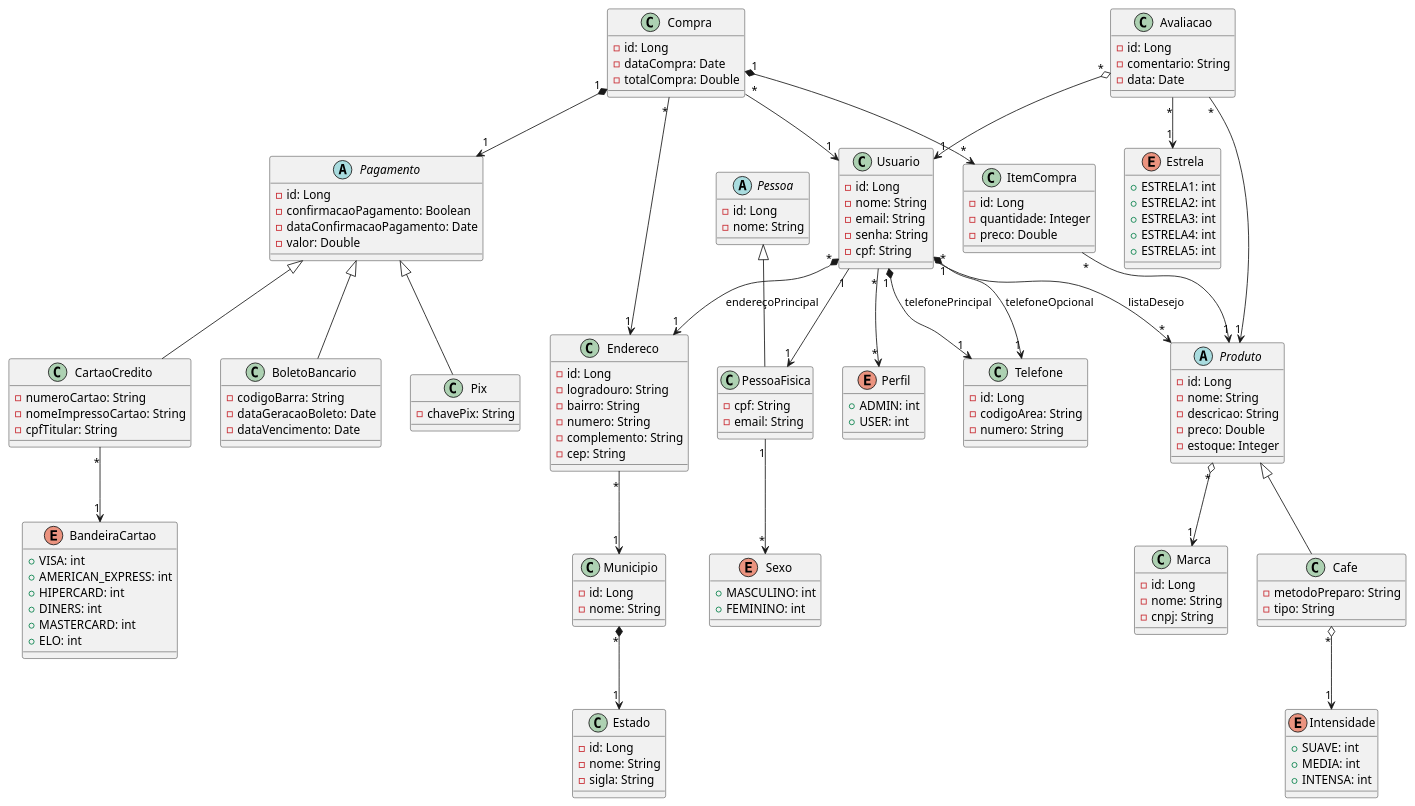
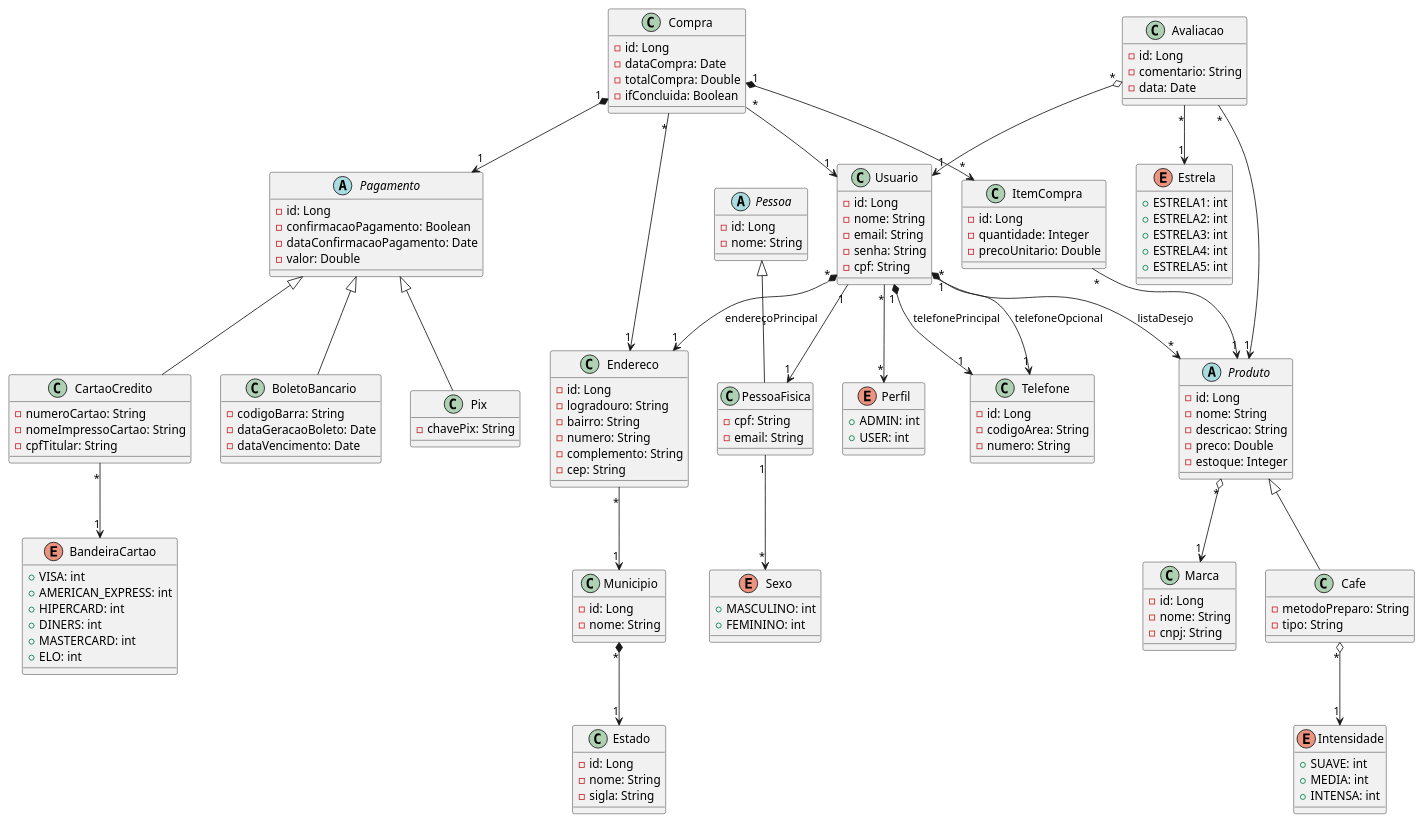
One commit to emannuelop/JavaCoffee-eCommerce changed the diagram in JavaCoffee.plantuml. Above: the diagram before and after it, drawn with PlantUML. The commit also changed 12 other files, not shown here.

```diff
--- a/JavaCoffee.plantuml
+++ b/JavaCoffee.plantuml
@@ -1,199 +1,200 @@
 @startuml Coffee-eCommerce
 
     abstract class Produto {
 
         - id: Long
         - nome: String
         - descricao: String
         - preco: Double
         - estoque: Integer
     }
 
     class Cafe {
 
         - metodoPreparo: String
         - tipo: String
     }
 
     enum Intensidade {
 
         + SUAVE: int
         + MEDIA: int
         + INTENSA: int
     }
 
     class Marca {
 
         - id: Long
         - nome: String
         - cnpj: String
     }
 
     abstract class Pessoa {
 
         - id: Long
         - nome: String
     }
 
     class PessoaFisica {
 
         - cpf: String
         - email: String
     }
 
     enum Sexo {
 
         + MASCULINO: int
         + FEMININO: int
     }
 
     enum Perfil {
 
         + ADMIN: int
         + USER: int
     }
 
     class Usuario {
 
         - id: Long
         - nome: String
         - email: String
         - senha: String
         - cpf: String
     }
 
     class Telefone {
 
         - id: Long
         - codigoArea: String
         - numero: String
     }
 
     class Compra {
 
         - id: Long
         - dataCompra: Date
         - totalCompra: Double
+        - ifConcluida: Boolean
     }
 
     class ItemCompra {
 
         - id: Long
         - quantidade: Integer
-        - preco: Double
+        - precoUnitario: Double
     }
 
     class Endereco {
 
         - id: Long
         - logradouro: String
         - bairro: String
         - numero: String
         - complemento: String
         - cep: String
     }
 
     class Avaliacao {
 
         - id: Long
         - comentario: String
         - data: Date
     }
 
     enum Estrela {
 
         + ESTRELA1: int
         + ESTRELA2: int
         + ESTRELA3: int
         + ESTRELA4: int
         + ESTRELA5: int
     }
 
     abstract class Pagamento {
 
         - id: Long
         - confirmacaoPagamento: Boolean
         - dataConfirmacaoPagamento: Date
         - valor: Double
     }
 
     class BoletoBancario {
 
         - codigoBarra: String
         - dataGeracaoBoleto: Date
         - dataVencimento: Date
     }
 
     class Pix {
 
         - chavePix: String
     }
 
     class CartaoCredito {
 
         - numeroCartao: String
         - nomeImpressoCartao: String
         - cpfTitular: String
     }
 
     enum BandeiraCartao {
 
         + VISA: int
         + AMERICAN_EXPRESS: int
         + HIPERCARD: int
         + DINERS: int
         + MASTERCARD: int
         + ELO: int
     }
 
     class Estado {
 
         - id: Long
         - nome: String
         - sigla: String
     }
 
     class Municipio {
 
         - id: Long
         - nome: String
     }
 
     Produto "*" o--> "1" Marca
 
     Cafe -up-|> Produto
     Cafe "*" o--> "1" Intensidade
 
     Municipio "*" *--> "1" Estado
 
     Endereco "*" --> "1" Municipio
 
     PessoaFisica "1" --> "*" Sexo
 
     PessoaFisica -up-|> Pessoa
 
     Usuario "1" --> "1" PessoaFisica
     Usuario "*" --> "*" Perfil
     Usuario "*" --> "*" Produto: listaDesejo
     Usuario "1" *--> "1" Telefone: telefonePrincipal
     Usuario "1" *--> "1" Telefone: telefoneOpcional
     Usuario "*" *--> "1" Endereco: endereçoPrincipal
 
     ItemCompra "*" --> "1" Produto
 
     BoletoBancario -up-|> Pagamento
 
     Pix -up-|> Pagamento
 
     CartaoCredito -up-|> Pagamento
     CartaoCredito "*" --> "1" BandeiraCartao
 
     Compra "*" --> "1" Usuario
     Compra "1" *--> "*" ItemCompra
     Compra "*" --> "1" Endereco
     Compra "1" *--> "1" Pagamento
 
     Avaliacao "*" --> "1" Estrela
     Avaliacao "*" o--> "1" Usuario
     Avaliacao "*" --> "1" Produto
 @enduml
```
